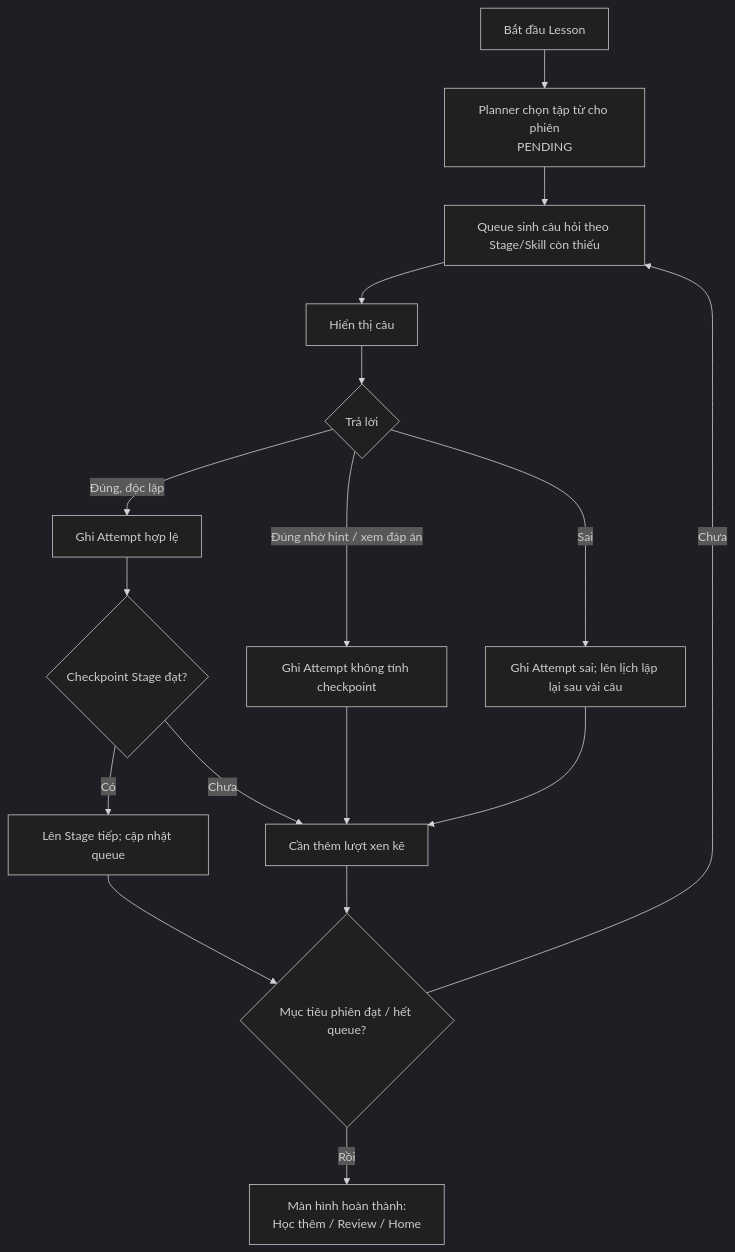
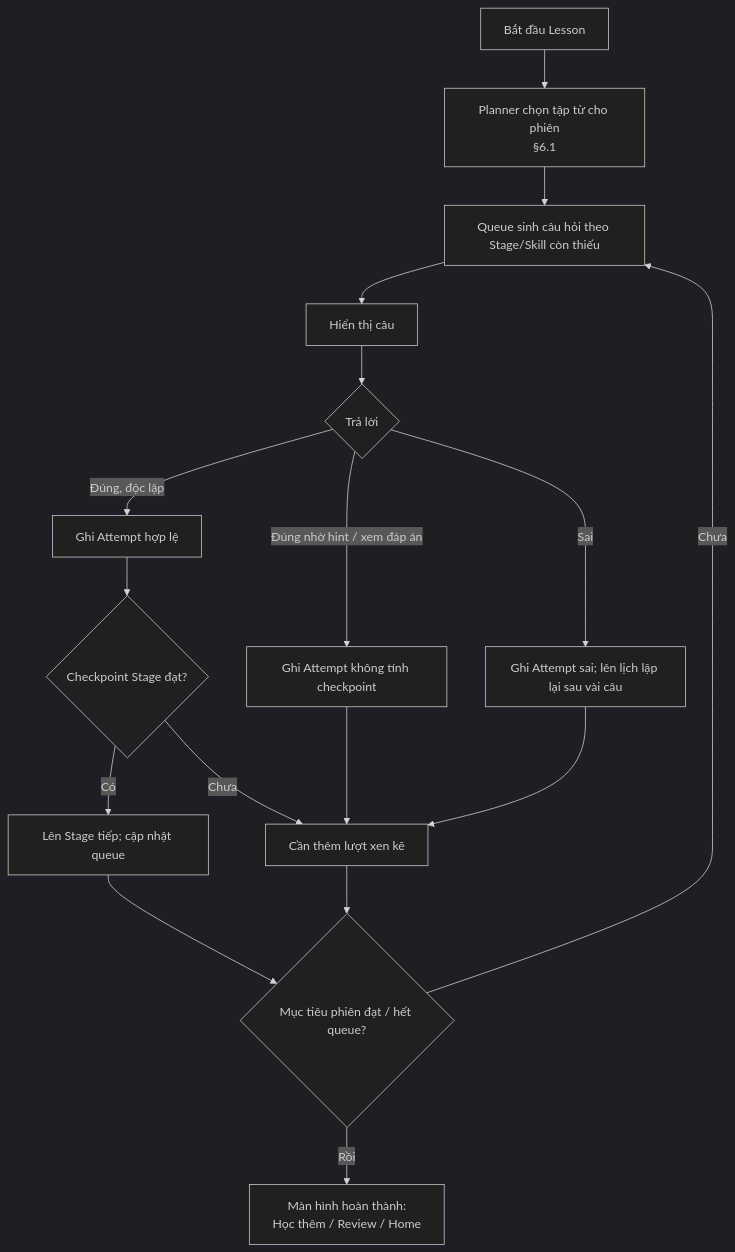
One commit to Pabh3725/japanese-learning-app changed the third of 6 diagrams in docs/PROJECT_SPEC.md. Above: the diagram before and after it, drawn with Mermaid (dark theme). The commit also changed other lines of this file and 1 other file, not shown here.

````diff
--- a/docs/PROJECT_SPEC.md
+++ b/docs/PROJECT_SPEC.md
@@ -470,19 +510,19 @@
 ```mermaid
 flowchart TD
-    A[Bắt đầu Lesson] --> B[Planner chọn tập từ cho phiên<br/>PENDING]
+    A[Bắt đầu Lesson] --> B[Planner chọn tập từ cho phiên<br/>§6.1]
     B --> C[Queue sinh câu hỏi theo Stage/Skill còn thiếu]
     C --> D[Hiển thị câu]
     D --> E{Trả lời}
     E -->|Đúng, độc lập| F[Ghi Attempt hợp lệ]
     E -->|Đúng nhờ hint / xem đáp án| G[Ghi Attempt không tính checkpoint]
     E -->|Sai| H[Ghi Attempt sai; lên lịch lặp lại sau vài câu]
     F --> I{Checkpoint Stage đạt?}
     I -->|Có| J[Lên Stage tiếp; cập nhật queue]
     I -->|Chưa| K[Cần thêm lượt xen kẽ]
     G --> K
     H --> K
     J --> L{Mục tiêu phiên đạt / hết queue?}
     K --> L
     L -->|Chưa| C
     L -->|Rồi| M[Màn hình hoàn thành:<br/>Học thêm / Review / Home]
 ```
````
